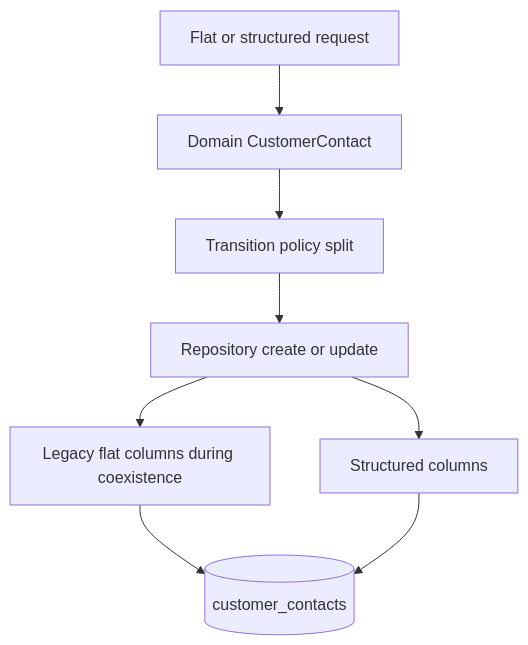
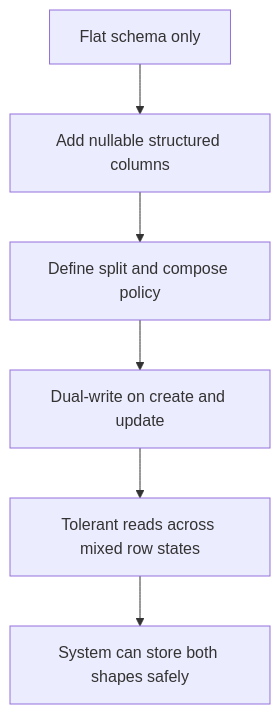
Before and after one commit to evalverde-eng/aida-parallel-changes-workshop: the fifth of 7 diagrams in docs/SOLUTION.md, drawn with Mermaid. The commit also changed other lines of this file, not shown here.

````diff
--- a/docs/SOLUTION.md
+++ b/docs/SOLUTION.md
@@ -389,10 +138,8 @@
 ```mermaid
 flowchart TD
-    A[Flat or structured request] --> B[Domain CustomerContact]
-    B --> C[Transition policy split]
-    C --> D[Repository create or update]
-    D --> E[Legacy flat columns during coexistence]
-    D --> F[Structured columns]
-    E --> G[(customer_contacts)]
-    F --> G
+    A[Flat schema only] --> B[Add nullable structured columns]
+    B --> C[Define split and compose policy]
+    C --> D[Dual-write on create and update]
+    D --> E[Tolerant reads across mixed row states]
+    E --> F[System can store both shapes safely]
 ```
````
